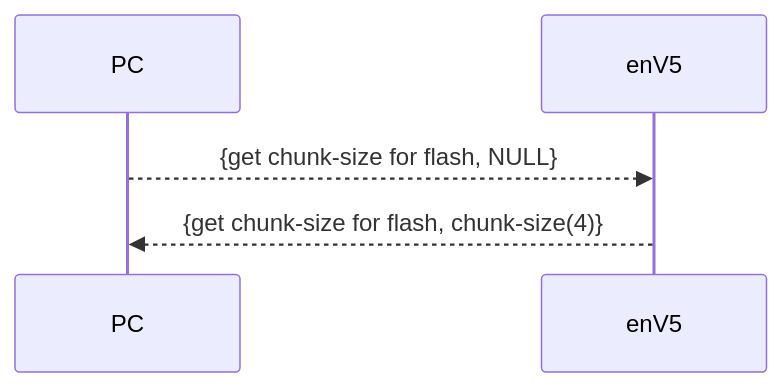
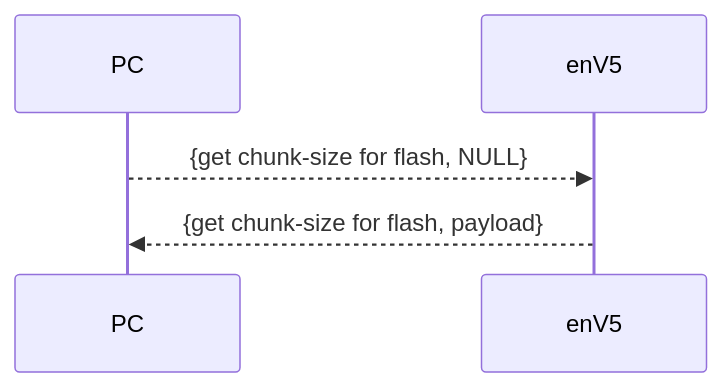
One commit to es-ude/elastic-ai.runtime.enV5 changed the fourth of 10 diagrams in python_utils/usb/README.adoc. Above: the diagram before and after it, drawn with Mermaid. The commit also changed other lines of this file and 3 other files, not shown here.

```diff
--- a/python_utils/usb/README.adoc
+++ b/python_utils/usb/README.adoc
@@ -67,6 +81,6 @@
 [mermaid]
 ....
 sequenceDiagram
     PC-->>enV5: {get chunk-size for flash, NULL}
-    enV5-->>PC: {get chunk-size for flash, chunk-size(4)}
+    enV5-->>PC: {get chunk-size for flash, payload}
 ....
```
